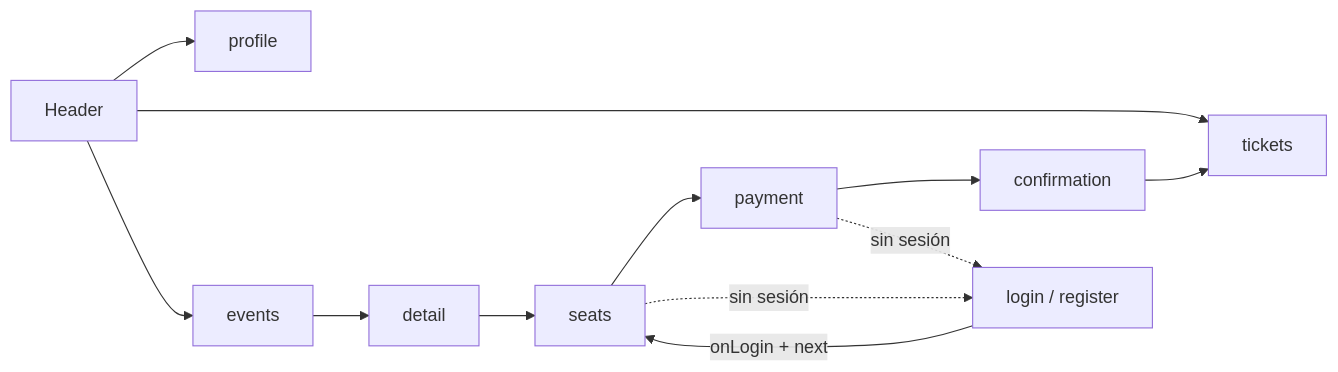
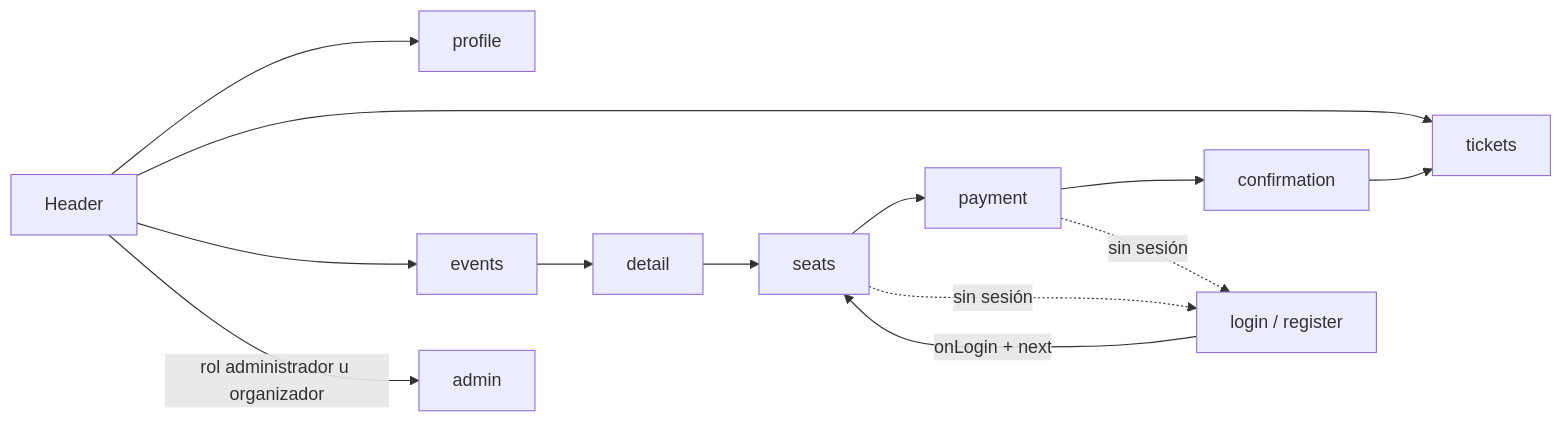
One commit to Andres-Ale/plataforma-boletos changed the diagram in docs/ARQUITECTURA.md. Above: the diagram before and after it, drawn with Mermaid. The commit also changed other lines of this file, not shown here.

First line of the commit message:
Update ARQUITECTURA.md with AdminPage details

````diff
--- a/docs/ARQUITECTURA.md
+++ b/docs/ARQUITECTURA.md
@@ -26,8 +26,9 @@
 ```mermaid
 flowchart LR
   A[events] --> B[detail] --> C[seats] --> D[payment] --> E[confirmation] --> F[tickets]
   C -. sin sesión .-> L[login / register]
   D -. sin sesión .-> L
   L -- onLogin + next --> C
   H[Header] --> P[profile] & F & A
+  H -- rol administrador u organizador --> AD[admin]
 ```
````
